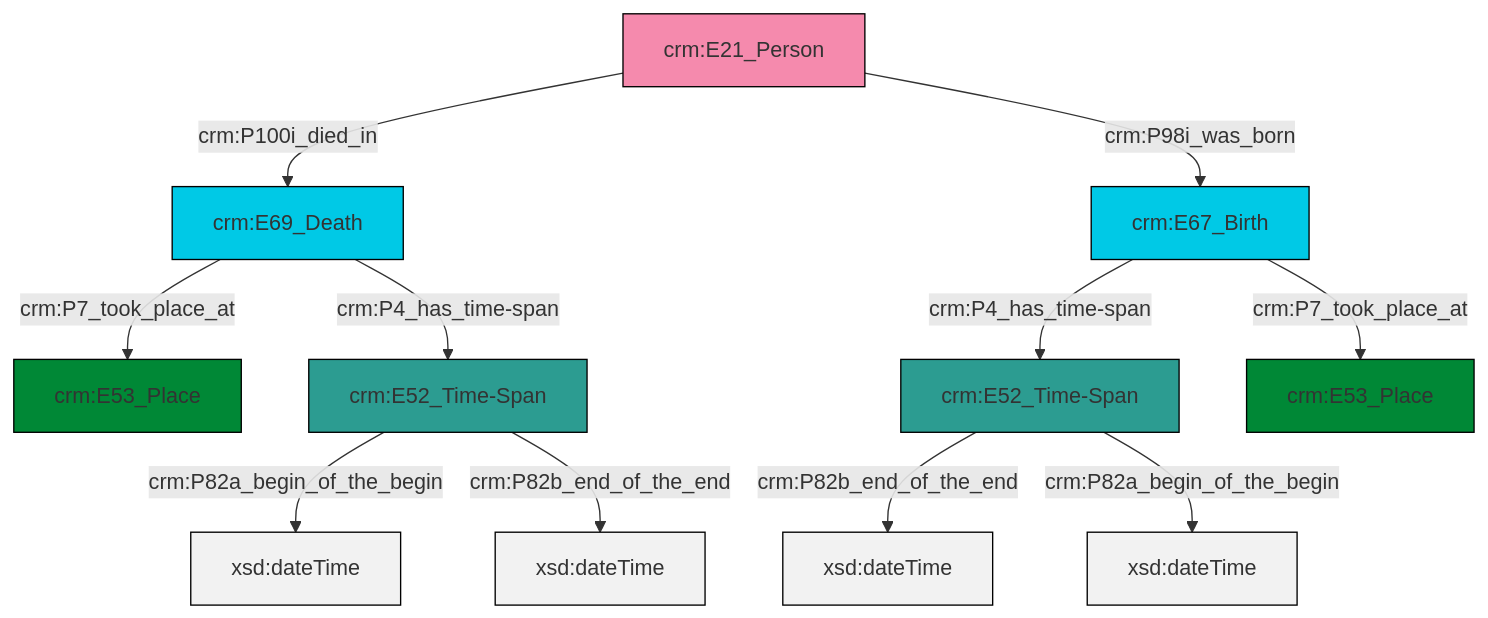
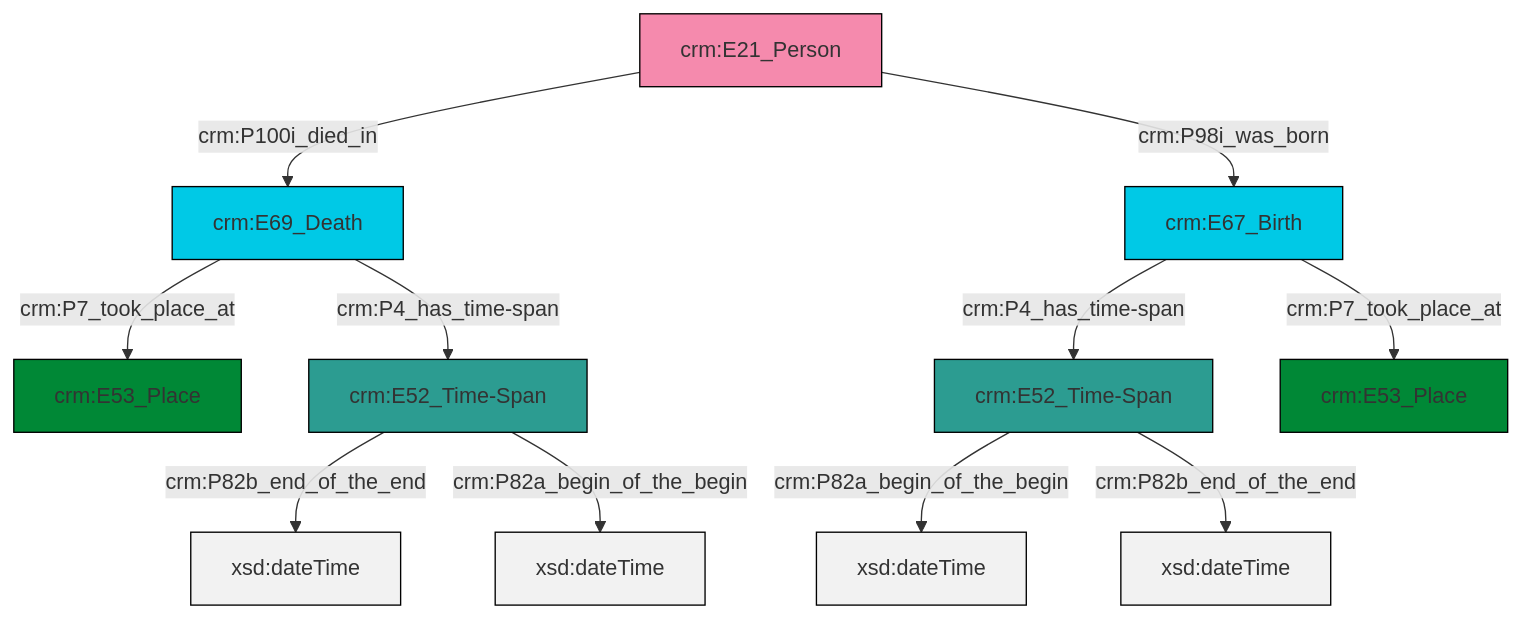
Before and after one commit to swiss-art-research-net/reference-data-models: the diagram in et/personCSV/ttl/mmd/Person_Existence.ttl.mmd, drawn with Mermaid. The commit also changed 130 other files, not shown here.

```diff
--- a/et/personCSV/ttl/mmd/Person_Existence.ttl.mmd
+++ b/et/personCSV/ttl/mmd/Person_Existence.ttl.mmd
@@ -1,25 +1,25 @@
 graph TD
 classDef Literal fill:#f2f2f2,stroke:#000000;
 classDef CRM_Entity fill:#FFFFFF,stroke:#000000;
 classDef Temporal_Entity fill:#00C9E6, stroke:#000000;
 classDef Type fill:#E18312, stroke:#000000;
 classDef Time-Span fill:#2C9C91, stroke:#000000;
 classDef Appellation fill:#FFEB7F, stroke:#000000;
 classDef Place fill:#008836, stroke:#000000;
 classDef Persistent_Item fill:#B266B2, stroke:#000000;
 classDef Conceptual_Object fill:#FFD700, stroke:#000000;
 classDef Physical_Thing fill:#D2B48C, stroke:#000000;
 classDef Actor fill:#f58aad, stroke:#000000;
 classDef PC_Classes fill:#4ce600, stroke:#000000;
 classDef Multi fill:#cccccc,stroke:#000000;
 
-2["crm:E69_Death"]:::Temporal_Entity -->|crm:P7_took_place_at| 3["crm:E53_Place"]:::Place
-4["crm:E21_Person"]:::Actor -->|crm:P100i_died_in| 2["crm:E69_Death"]:::Temporal_Entity
-7["crm:E52_Time-Span"]:::Time-Span -->|crm:P82a_begin_of_the_begin| 9[xsd:dateTime]:::Literal
-10["crm:E52_Time-Span"]:::Time-Span -->|crm:P82b_end_of_the_end| 11[xsd:dateTime]:::Literal
-2["crm:E69_Death"]:::Temporal_Entity -->|crm:P4_has_time-span| 7["crm:E52_Time-Span"]:::Time-Span
-10["crm:E52_Time-Span"]:::Time-Span -->|crm:P82a_begin_of_the_begin| 13[xsd:dateTime]:::Literal
-0["crm:E67_Birth"]:::Temporal_Entity -->|crm:P7_took_place_at| 14["crm:E53_Place"]:::Place
-4["crm:E21_Person"]:::Actor -->|crm:P98i_was_born| 0["crm:E67_Birth"]:::Temporal_Entity
-7["crm:E52_Time-Span"]:::Time-Span -->|crm:P82b_end_of_the_end| 17[xsd:dateTime]:::Literal
-0["crm:E67_Birth"]:::Temporal_Entity -->|crm:P4_has_time-span| 10["crm:E52_Time-Span"]:::Time-Span
+0["crm:E21_Person"]:::Actor -->|crm:P100i_died_in| 1["crm:E69_Death"]:::Temporal_Entity
+2["crm:E67_Birth"]:::Temporal_Entity -->|crm:P4_has_time-span| 4["crm:E52_Time-Span"]:::Time-Span
+4["crm:E52_Time-Span"]:::Time-Span -->|crm:P82a_begin_of_the_begin| 5[xsd:dateTime]:::Literal
+0["crm:E21_Person"]:::Actor -->|crm:P98i_was_born| 2["crm:E67_Birth"]:::Temporal_Entity
+6["crm:E52_Time-Span"]:::Time-Span -->|crm:P82b_end_of_the_end| 7[xsd:dateTime]:::Literal
+1["crm:E69_Death"]:::Temporal_Entity -->|crm:P7_took_place_at| 8["crm:E53_Place"]:::Place
+4["crm:E52_Time-Span"]:::Time-Span -->|crm:P82b_end_of_the_end| 9[xsd:dateTime]:::Literal
+2["crm:E67_Birth"]:::Temporal_Entity -->|crm:P7_took_place_at| 13["crm:E53_Place"]:::Place
+1["crm:E69_Death"]:::Temporal_Entity -->|crm:P4_has_time-span| 6["crm:E52_Time-Span"]:::Time-Span
+6["crm:E52_Time-Span"]:::Time-Span -->|crm:P82a_begin_of_the_begin| 14[xsd:dateTime]:::Literal
```
